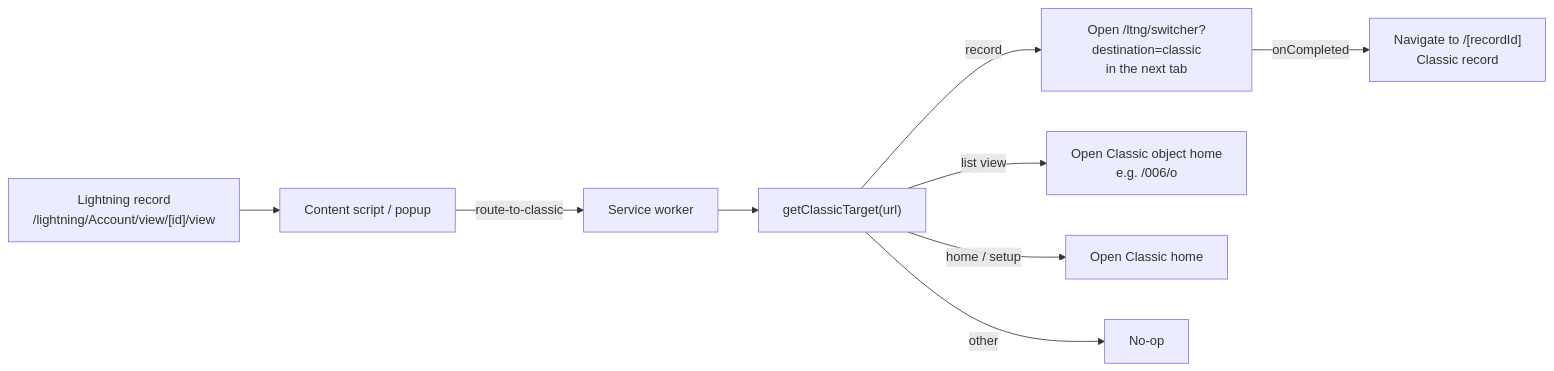
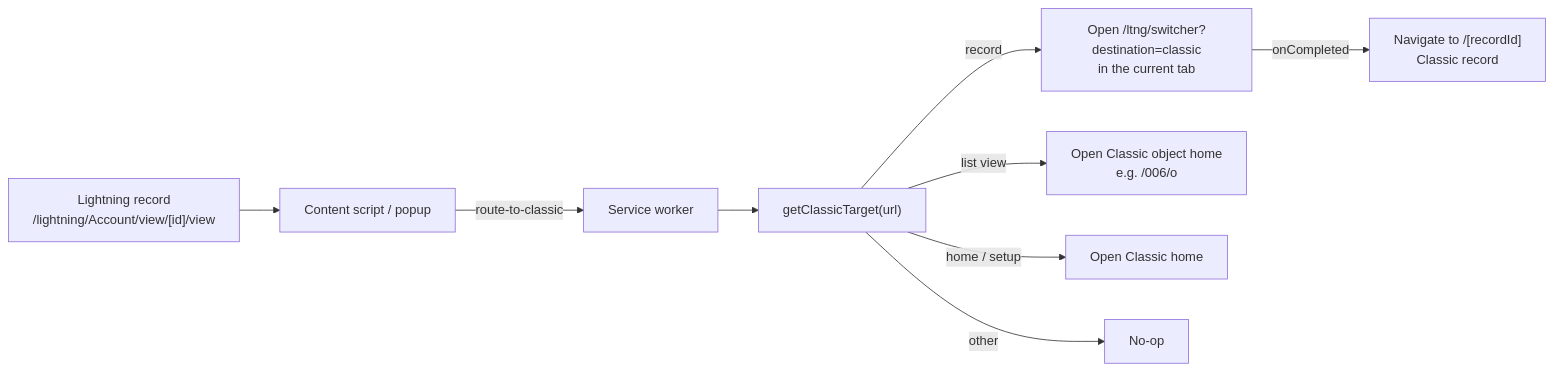
One commit to selegic/switch-to-classic changed the diagram in README.md. Above: the diagram before and after it, drawn with Mermaid. The commit also changed other lines of this file and 7 other files, not shown here.

First line of the commit message:
fix: switch in the current tab and follow up for list views

````diff
--- a/README.md
+++ b/README.md
@@ -62,11 +62,11 @@
 ```mermaid
 flowchart LR
     A["Lightning record<br/>/lightning/Account/view/[id]/view"] --> B["Content script / popup"]
     B -->|"route-to-classic"| C["Service worker"]
     C --> D["getClassicTarget(url)"]
-    D -->|record| E["Open /ltng/switcher?destination=classic<br/>in the next tab"]
+    D -->|record| E["Open /ltng/switcher?destination=classic<br/>in the current tab"]
     E -->|"onCompleted"| F["Navigate to /[recordId]<br/>Classic record"]
     D -->|list view| I["Open Classic object home<br/>e.g. /006/o"]
     D -->|home / setup| G["Open Classic home"]
     D -->|other| H["No-op"]
 ```
````
